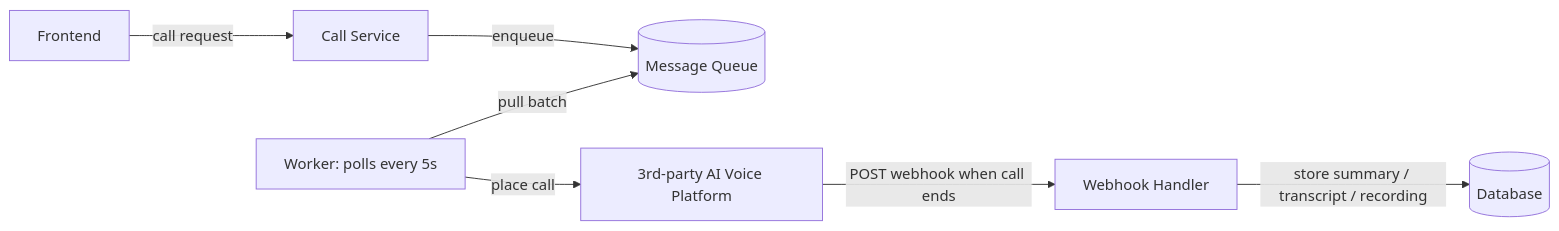
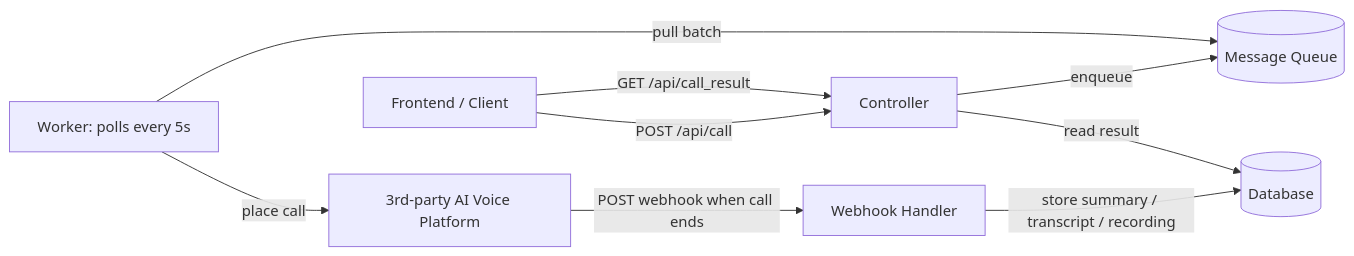
One commit to PixelMoney-li/PixelCallInterview changed the diagram in README.md. Above: the diagram before and after it, drawn with Mermaid. The commit also changed other lines of this file and 5 other files, not shown here.

````diff
--- a/README.md
+++ b/README.md
@@ -10,9 +11,11 @@
 ```mermaid
 flowchart LR
-  FE[Frontend] -->|call request| CS[Call Service]
-  CS -->|enqueue| MQ[(Message Queue)]
+  FE[Frontend / Client] -->|POST /api/call| CT[Controller]
+  CT -->|enqueue| MQ[(Message Queue)]
   W[Worker: polls every 5s] -->|pull batch| MQ
   W -->|place call| VA[3rd-party AI Voice Platform]
   VA -->|POST webhook when call ends| WH[Webhook Handler]
   WH -->|store summary / transcript / recording| DB[(Database)]
+  FE -->|GET /api/call_result| CT
+  CT -->|read result| DB
 ```
````
